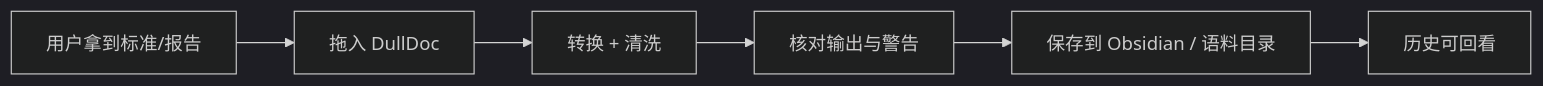
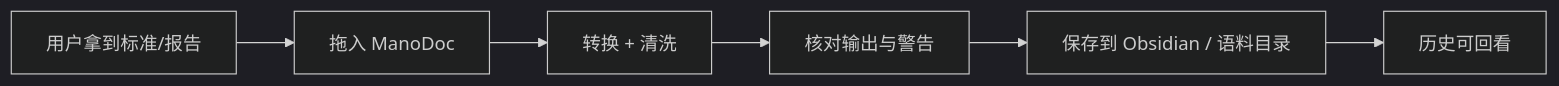
One commit to 987763485/ManoDoc changed diagram 13 of 21 in docs/superpowers/软件功能设计说明.md. Above: the diagram before and after it, drawn with Mermaid (dark theme). The commit also changed other lines of this file and 43 other files, not shown here.

````diff
--- a/docs/superpowers/软件功能设计说明.md
+++ b/docs/superpowers/软件功能设计说明.md
@@ -430,8 +430,8 @@
 ```mermaid
 flowchart LR
-  A["用户拿到标准/报告"] --> B["拖入 DullDoc"]
+  A["用户拿到标准/报告"] --> B["拖入 ManoDoc"]
   B --> C["转换 + 清洗"]
   C --> D["核对输出与警告"]
   D --> E["保存到 Obsidian / 语料目录"]
   E --> F["历史可回看"]
 ```
````
